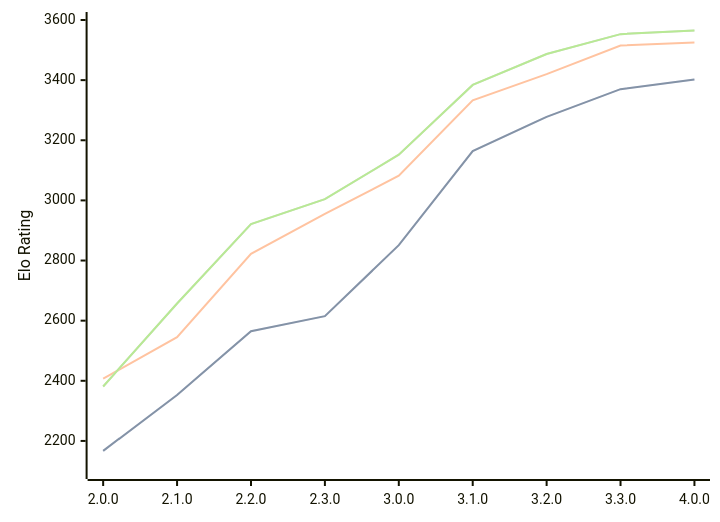
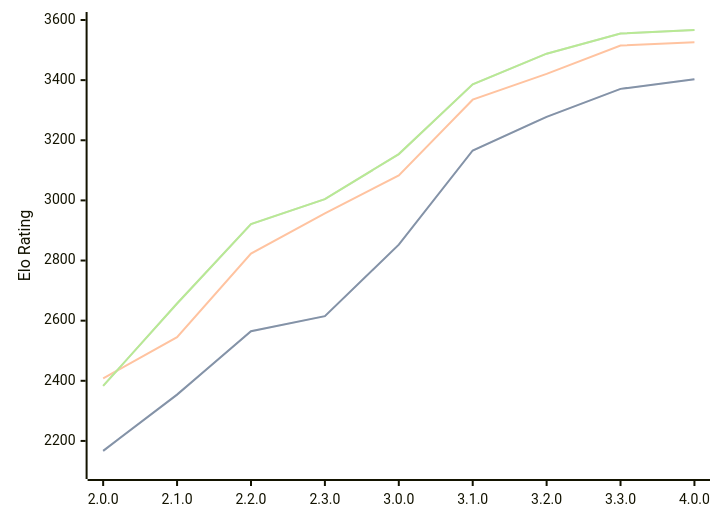
One commit to computer-chess-index/cci changed the diagram in engines/Raphael.md. Above: the diagram before and after it, drawn with Mermaid. The commit also changed other lines of this file, not shown here.

Commit message:
Update CCI Ratings (ELO VLTC) - 2026-05-12

````diff
--- a/engines/Raphael.md
+++ b/engines/Raphael.md
@@ -51,11 +51,11 @@
 ```mermaid
 %%{init: {"theme":"base","themeVariables":{"seriesColors:['#a3a3a3','#222221','#faa371']}}}%%
 xychart-beta
   x-axis ["2.0.0", "2.1.0", "2.2.0", "2.3.0", "3.0.0", "3.1.0", "3.2.0", "3.3.0", "4.0.0"]
   y-axis "Elo Rating" 2100 --> 3600
-  line "STC (8.0+0.08s)" [2167, 2353, 2565, 2615, 2851, 3164, 3278, 3370, 3402]
-  line "STC (8.0+0.08s)" [2167, 2353, 2565, 2615, 2851, 3164, 3278, 3370, 3402]
-  line "LTC (60.0+0.60s)" [2407, 2545, 2822, 2955, 3082, 3333, 3420, 3515, 3525]
-  line "VLTC (2m24s+1.12s)" [2381, 2657, 2921, 3004, 3152, 3384, 3487, 3553, 3565]
-  line "VLTC (2m24s+1.12s)" [2381, 2657, 2921, 3004, 3152, 3384, 3487, 3553, 3565]
+  line "STC (8.0+0.08s)" [2167, 2354, 2565, 2615, 2853, 3166, 3278, 3371, 3403]
+  line "STC (8.0+0.08s)" [2167, 2354, 2565, 2615, 2853, 3166, 3278, 3371, 3403]
+  line "LTC (60.0+0.60s)" [2408, 2545, 2823, 2957, 3083, 3335, 3421, 3515, 3526]
+  line "VLTC (2m24s+1.12s)" [2383, 2657, 2921, 3004, 3154, 3386, 3488, 3555, 3567]
+  line "VLTC (2m24s+1.12s)" [2383, 2657, 2921, 3004, 3154, 3386, 3488, 3555, 3567]
 ```
````
